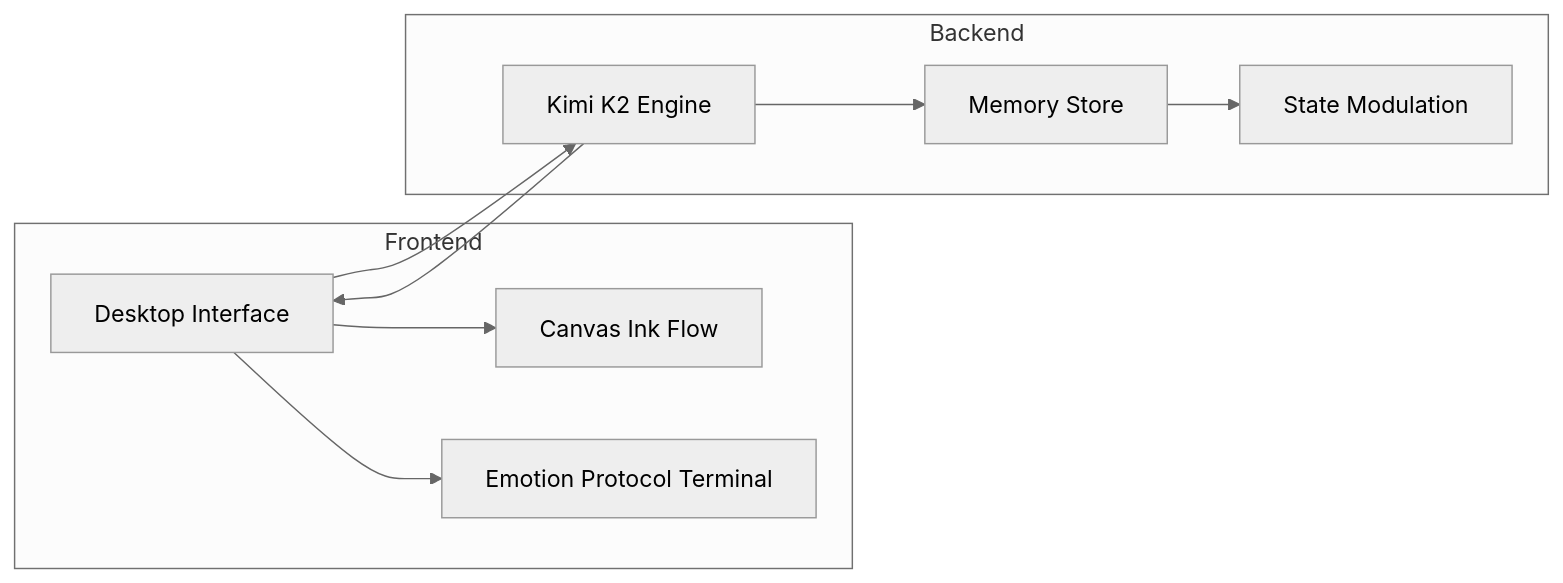
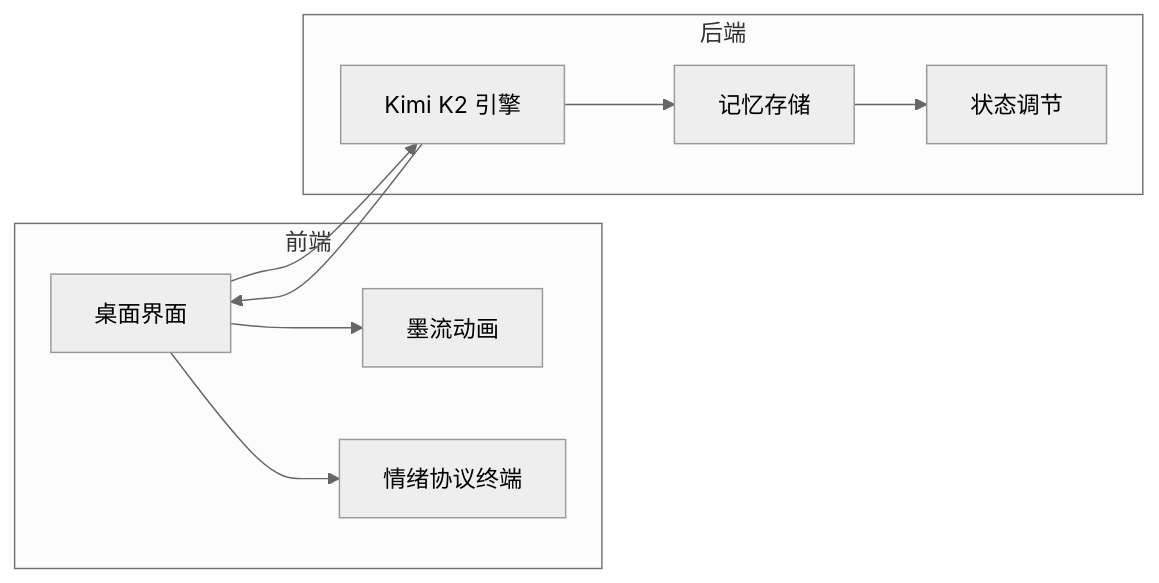
The second of 2 diagrams in README.md (AceAIlov/Mollyslab), drawn with Mermaid (neutral theme) before and after one commit. The commit also changed other lines of this file, not shown here.

````diff
--- a/README.md
+++ b/README.md
@@ -99,15 +72,15 @@
 ```mermaid
 graph LR
-  subgraph Frontend
-  UI[Desktop Interface] --> Ink[Canvas Ink Flow]
-  UI --> Terminal[Emotion Protocol Terminal]
+  subgraph 前端
+  UI[桌面界面] --> Ink[墨流动画]
+  UI --> Terminal[情绪协议终端]
   end
 
-  subgraph Backend
-  Engine[Kimi K2 Engine] --> Memory[Memory Store]
-  Memory --> State[State Modulation]
+  subgraph 后端
+  Engine[Kimi K2 引擎] --> Memory[记忆存储]
+  Memory --> State[状态调节]
   end
 
   UI --> Engine
   Engine --> UI
 ```
````
